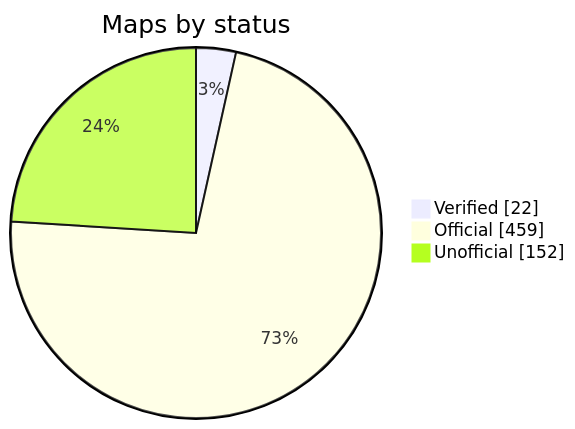
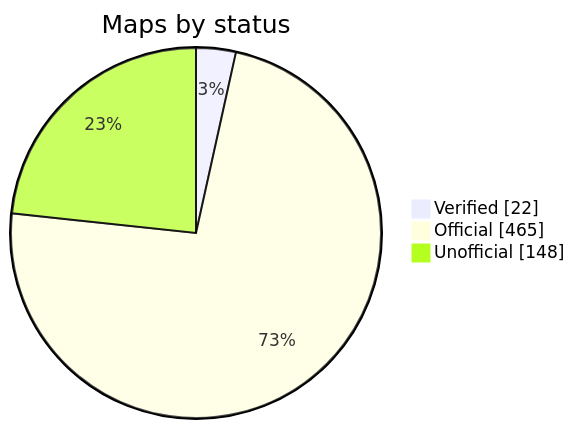
The diagram in README.md (nobrega8/mbmap-library), drawn with Mermaid before and after one commit. The commit also changed 4 other files, not shown here.

````diff
--- a/README.md
+++ b/README.md
@@ -52,7 +52,7 @@
 ```mermaid
 pie showData
     title Maps by status
     "Verified" : 22
-    "Official" : 459
-    "Unofficial" : 152
+    "Official" : 465
+    "Unofficial" : 148
 ```
````
